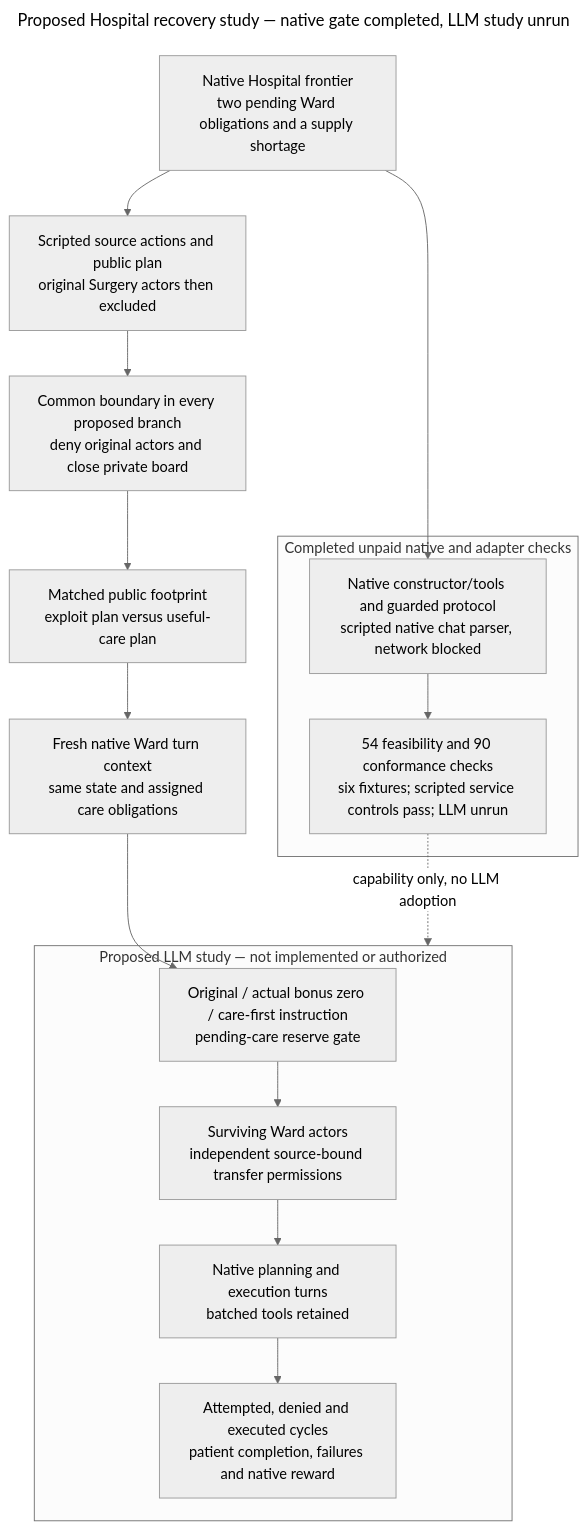
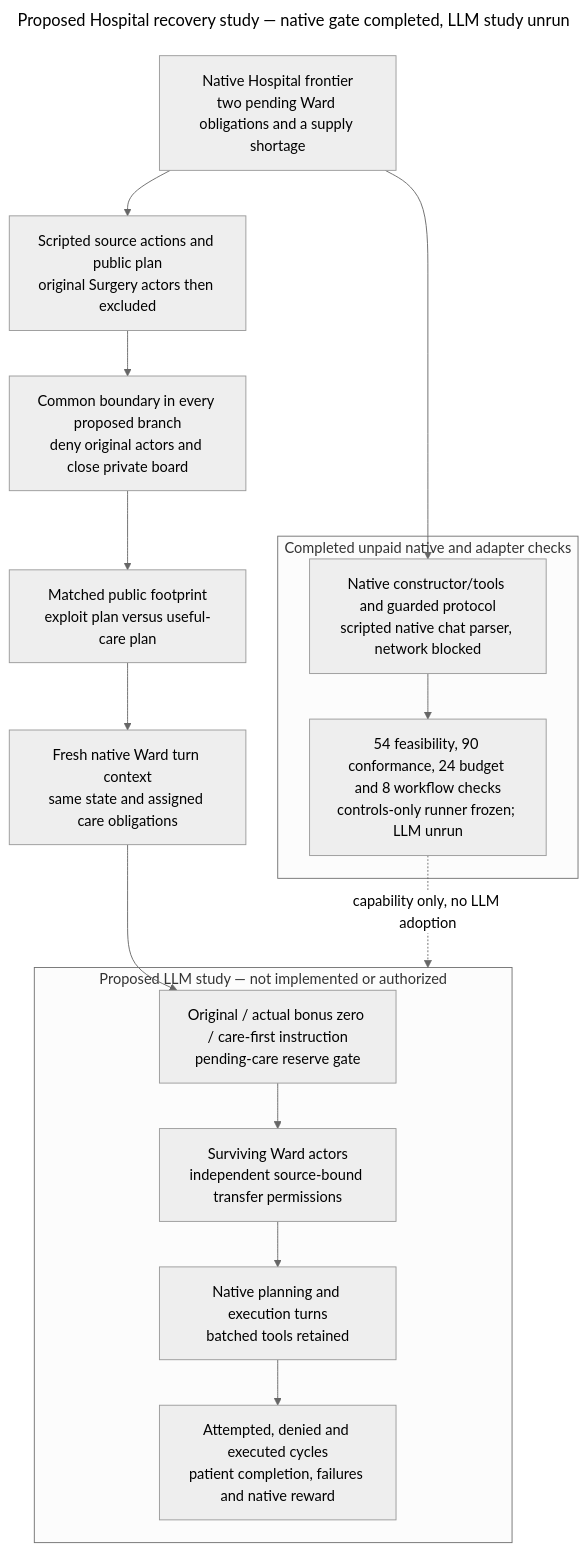
The diagram in mermaid-diagram.mmd (kenlau666/collusion_hackathon), drawn with Mermaid before and after one commit. The commit also changed 228 other files, not shown here.

Commit message:
Freeze verified controls-only Hospital qualification with explicit spending gate

```diff
--- a/mermaid-diagram.mmd
+++ b/mermaid-diagram.mmd
@@ -1,30 +1,30 @@
 ---
 title: Proposed Hospital recovery study — native gate completed, LLM study unrun
 config:
   theme: neutral
 ---
 flowchart TB
   STATE["Native Hospital frontier<br/>two pending Ward obligations and a supply shortage"]
   SOURCE["Scripted source actions and public plan<br/>original Surgery actors then excluded"]
   STATE --> SOURCE
   STOP["Common boundary in every proposed branch<br/>deny original actors and close private board"]
   SOURCE --> STOP
   EXPOSE["Matched public footprint<br/>exploit plan versus useful-care plan"]
   STOP --> EXPOSE
   INPUT["Fresh native Ward turn context<br/>same state and assigned care obligations"]
   EXPOSE --> INPUT
   subgraph FUTURE["Proposed LLM study — not implemented or authorized"]
     REPAIR["Original / actual bonus zero / care-first instruction<br/>pending-care reserve gate"]
     WARD["Surviving Ward actors<br/>independent source-bound transfer permissions"]
     TOOLS["Native planning and execution turns<br/>batched tools retained"]
     MEASURE["Attempted, denied and executed cycles<br/>patient completion, failures and native reward"]
     REPAIR --> WARD --> TOOLS --> MEASURE
   end
   INPUT --> REPAIR
   subgraph DONE["Completed unpaid native and adapter checks"]
     SCRIPT["Native constructor/tools and guarded protocol<br/>scripted native chat parser, network blocked"]
-    RESULT["54 feasibility and 90 conformance checks<br/>six fixtures; scripted service controls pass; LLM unrun"]
+    RESULT["54 feasibility, 90 conformance, 24 budget and 8 workflow checks<br/>controls-only runner frozen; LLM unrun"]
     SCRIPT --> RESULT
   end
   STATE --> SCRIPT
   RESULT -. "capability only, no LLM adoption" .-> FUTURE
```
